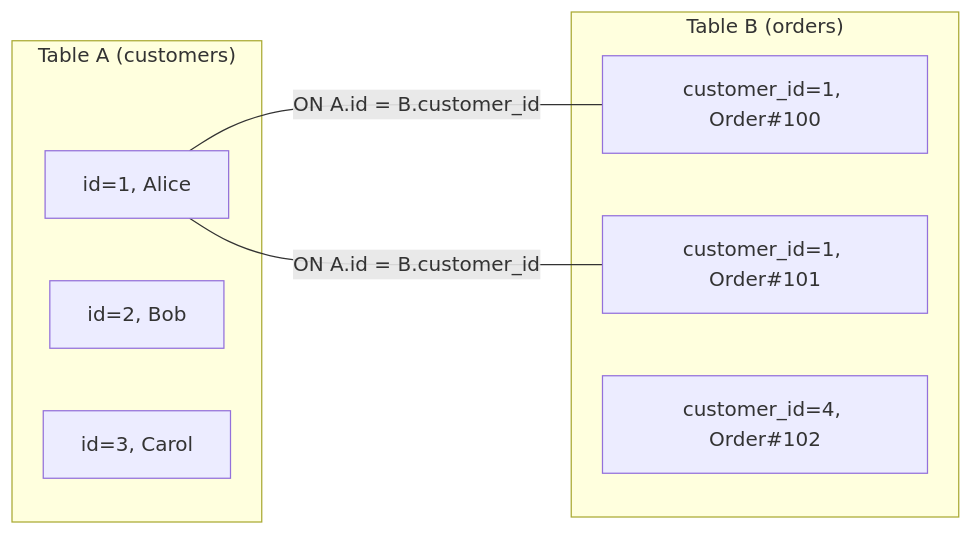
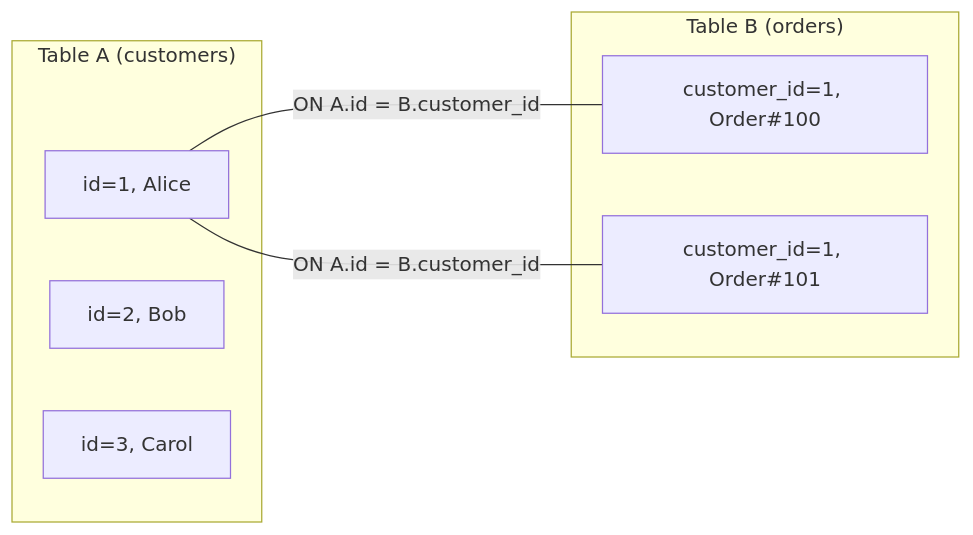
Before and after one commit to devomh/comp4098-2026: the first of 4 diagrams in week_06/w06_l11_concept_complex_joins.md, drawn with Mermaid. The commit also changed other lines of this file and 4 other files, not shown here.

````diff
--- a/week_06/w06_l11_concept_complex_joins.md
+++ b/week_06/w06_l11_concept_complex_joins.md
@@ -40,17 +40,16 @@
 ```mermaid
 graph LR
     subgraph Left["Table A (customers)"]
         A1["id=1, Alice"]
         A2["id=2, Bob"]
         A3["id=3, Carol"]
     end
 
     subgraph Right["Table B (orders)"]
         B1["customer_id=1, Order#100"]
         B2["customer_id=1, Order#101"]
-        B3["customer_id=4, Order#102"]
     end
 
     A1 ---|"ON A.id = B.customer_id"| B1
     A1 ---|"ON A.id = B.customer_id"| B2
 ```
````
